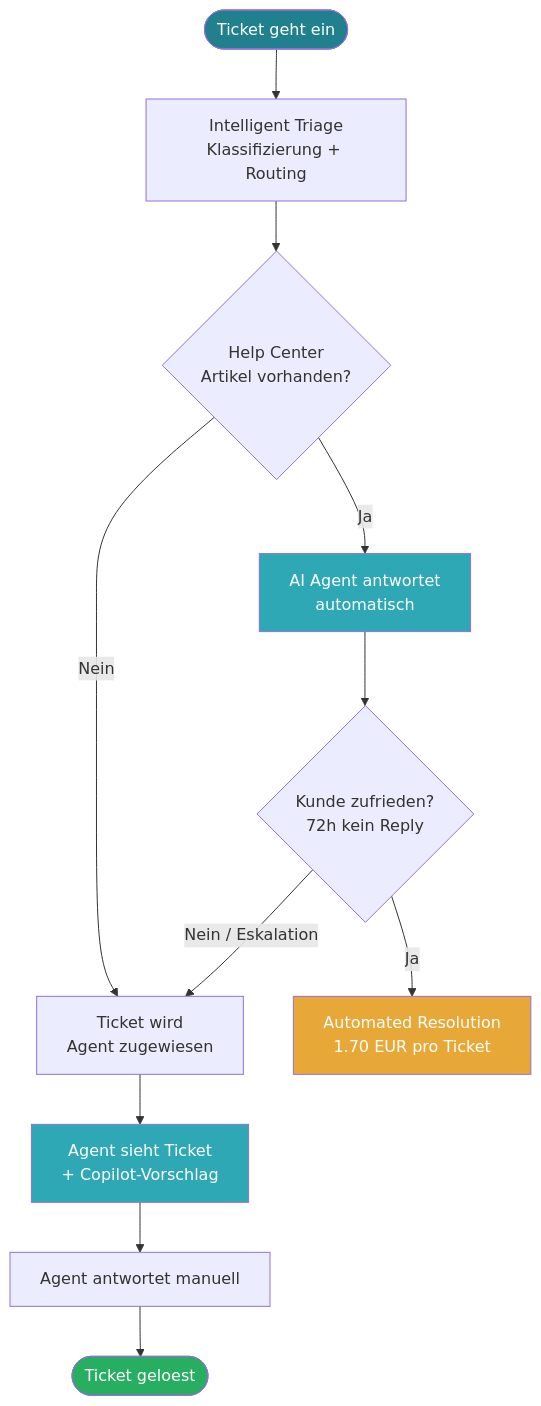
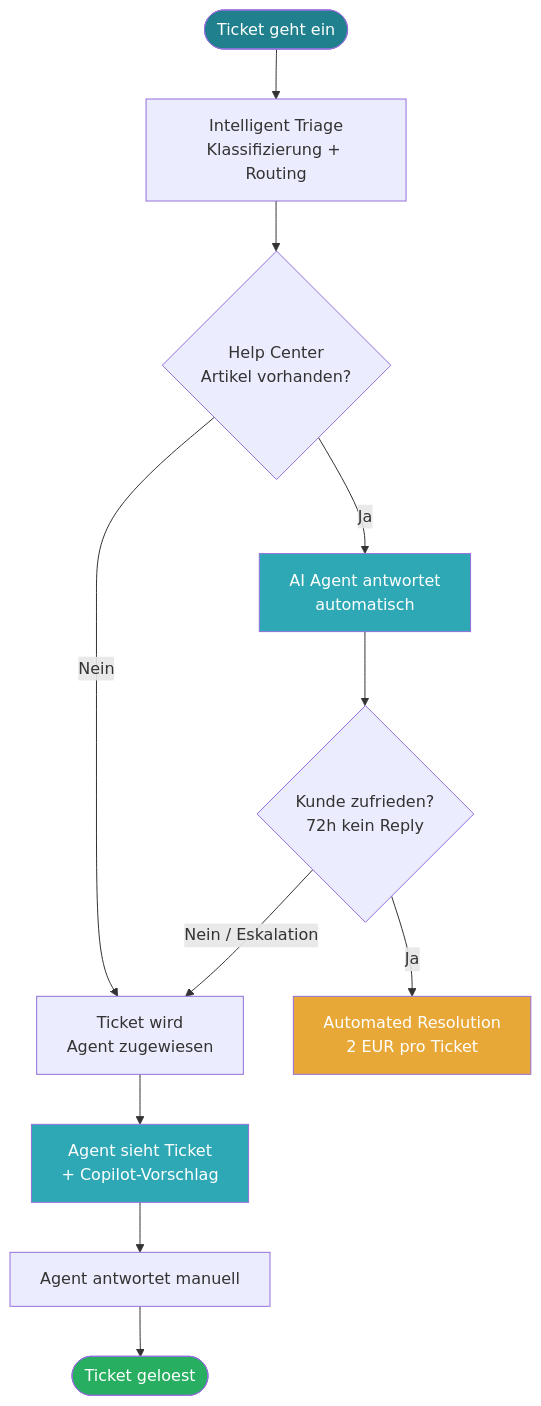
One commit to tekknix/zendesk-ai changed the first of 16 diagrams in readme.md. Above: the diagram before and after it, drawn with Mermaid.

Commit message:
Update readme.md
Anpassung Zendesk-Solving Costs from 1.70 to 2

````diff
--- a/readme.md
+++ b/readme.md
@@ -27,19 +27,19 @@
 ```mermaid
 flowchart TD
     A([Ticket geht ein]) --> B[Intelligent Triage<br>Klassifizierung + Routing]
     B --> C{Help Center<br>Artikel vorhanden?}
     C -->|Ja| D[AI Agent antwortet<br>automatisch]
     C -->|Nein| E[Ticket wird<br>Agent zugewiesen]
     D --> F{Kunde zufrieden?<br>72h kein Reply}
-    F -->|Ja| G[Automated Resolution<br>1.70 EUR pro Ticket]
+    F -->|Ja| G[Automated Resolution<br>2 EUR pro Ticket]
     F -->|Nein / Eskalation| E
     E --> H[Agent sieht Ticket<br>+ Copilot-Vorschlag]
     H --> I[Agent antwortet manuell]
     I --> J([Ticket geloest])
 
     style A fill:#20808D,color:#fff
     style G fill:#E8A838,color:#fff
     style J fill:#27AE60,color:#fff
     style D fill:#2EA8B5,color:#fff
     style H fill:#2EA8B5,color:#fff
 ```
````
